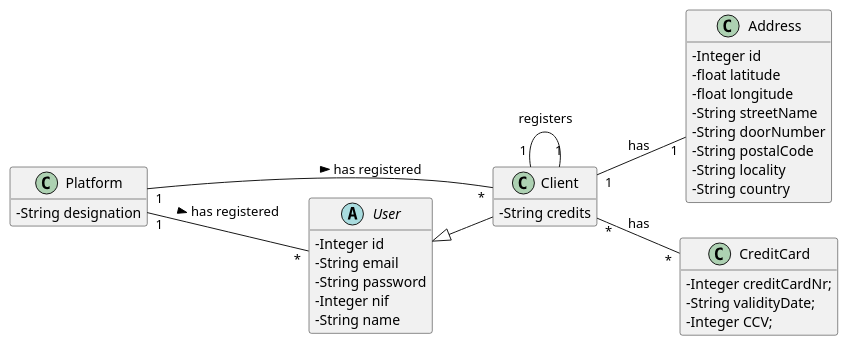
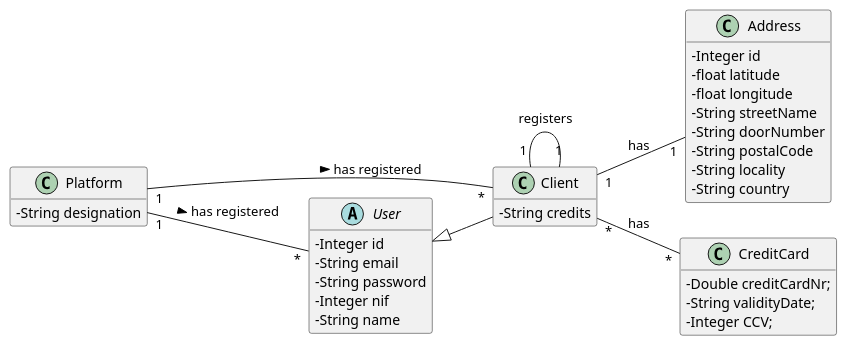
Before and after one commit to tiagoavcosta25/LAPR3: the diagram in docs/Iteration 1/User Management/US18_RegisterClient/US18_DM.puml, drawn with PlantUML. The commit also changed 6 other files, not shown here.

```diff
--- a/docs/Iteration 1/User Management/US18_RegisterClient/US18_DM.puml
+++ b/docs/Iteration 1/User Management/US18_RegisterClient/US18_DM.puml
@@ -1,48 +1,48 @@
 @startuml
 skinparam classAttributeIconSize 0
 hide methods
 left to right direction
 
 class Platform {
 -   String designation
 }
 
 class Client{
 -String credits
 }
 
 abstract class User{
 -Integer id
 -String email
 -String password
 -Integer nif
 -String name
 }
 
 class Address{
 -Integer id
 -float latitude
 -float longitude
 -String streetName
 -String doorNumber
 -String postalCode
 -String locality
 -String country
 }
 
 class CreditCard{
--Integer creditCardNr;
+-Double creditCardNr;
 -String validityDate;
 -Integer CCV;
 +CreditCard(creditCardNr,validityDate,CCV)
 }
 
 class Client extends User
 
 
 Client "1" -- "1" Client : registers
 Client "1" -- "1" Address : has
 Client "*" -- "*" CreditCard : has
 Platform "1" -- "*" Client : has registered >
 Platform "1" -- "*" User : has registered >
 @enduml
```
